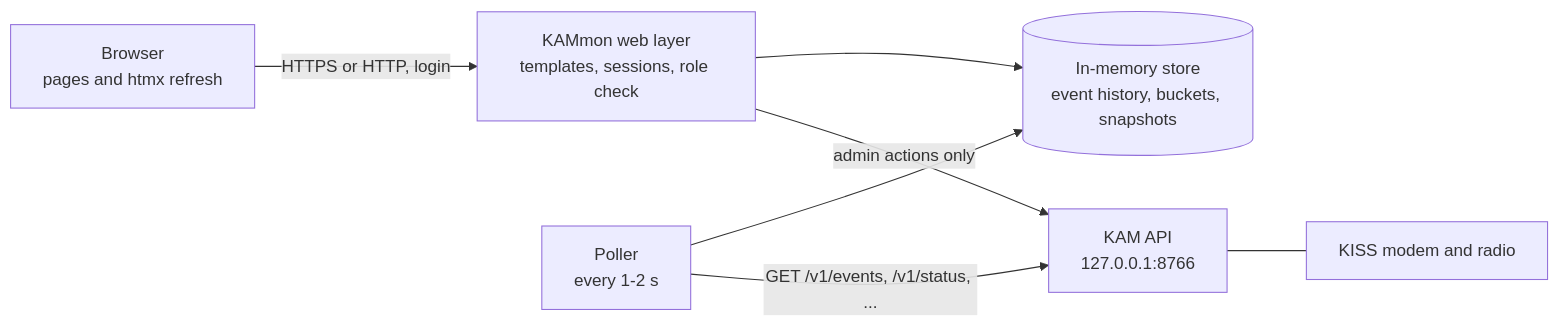
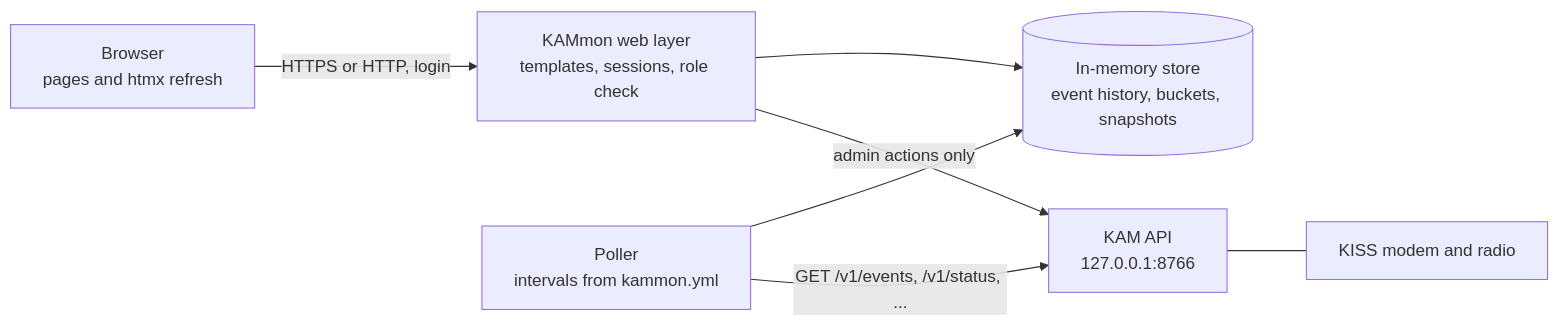
The first of 2 diagrams in docs/DESIGN.md (MauriceKremer/kammon), drawn with Mermaid before and after one commit. The commit also changed other lines of this file and 1 other file, not shown here.

Commit message:
Poll interval is set per node in kammon.yml; docs match the shipped example (MON-DS-2, D24)

````diff
--- a/docs/DESIGN.md
+++ b/docs/DESIGN.md
@@ -28,9 +28,9 @@
 ```mermaid
 flowchart LR
     Browser["Browser<br/>pages and htmx refresh"] -->|"HTTPS or HTTP, login"| Web["KAMmon web layer<br/>templates, sessions, role check"]
     Web --> Store[("In-memory store<br/>event history, buckets, snapshots")]
-    Poller["Poller<br/>every 1-2 s"] --> Store
+    Poller["Poller<br/>intervals from kammon.yml"] --> Store
     Poller -->|"GET /v1/events, /v1/status, ..."| KAM["KAM API<br/>127.0.0.1:8766"]
     Web -->|"admin actions only"| KAM
     KAM --- Radio["KISS modem and radio"]
 ```
````
